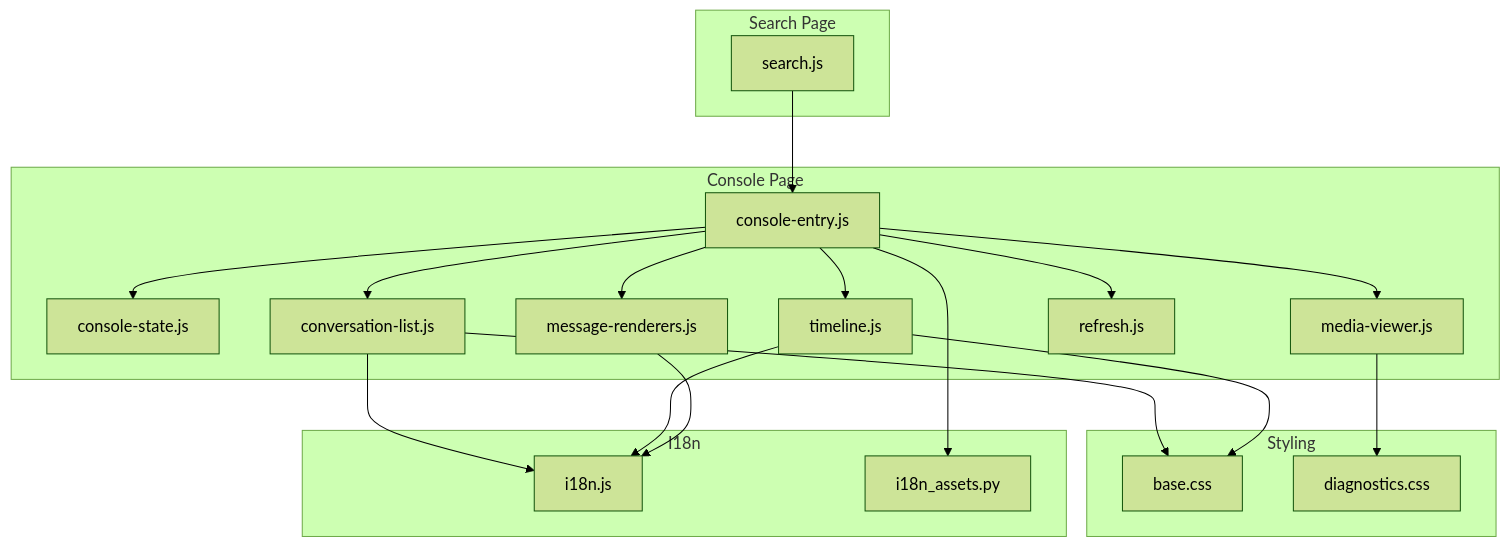
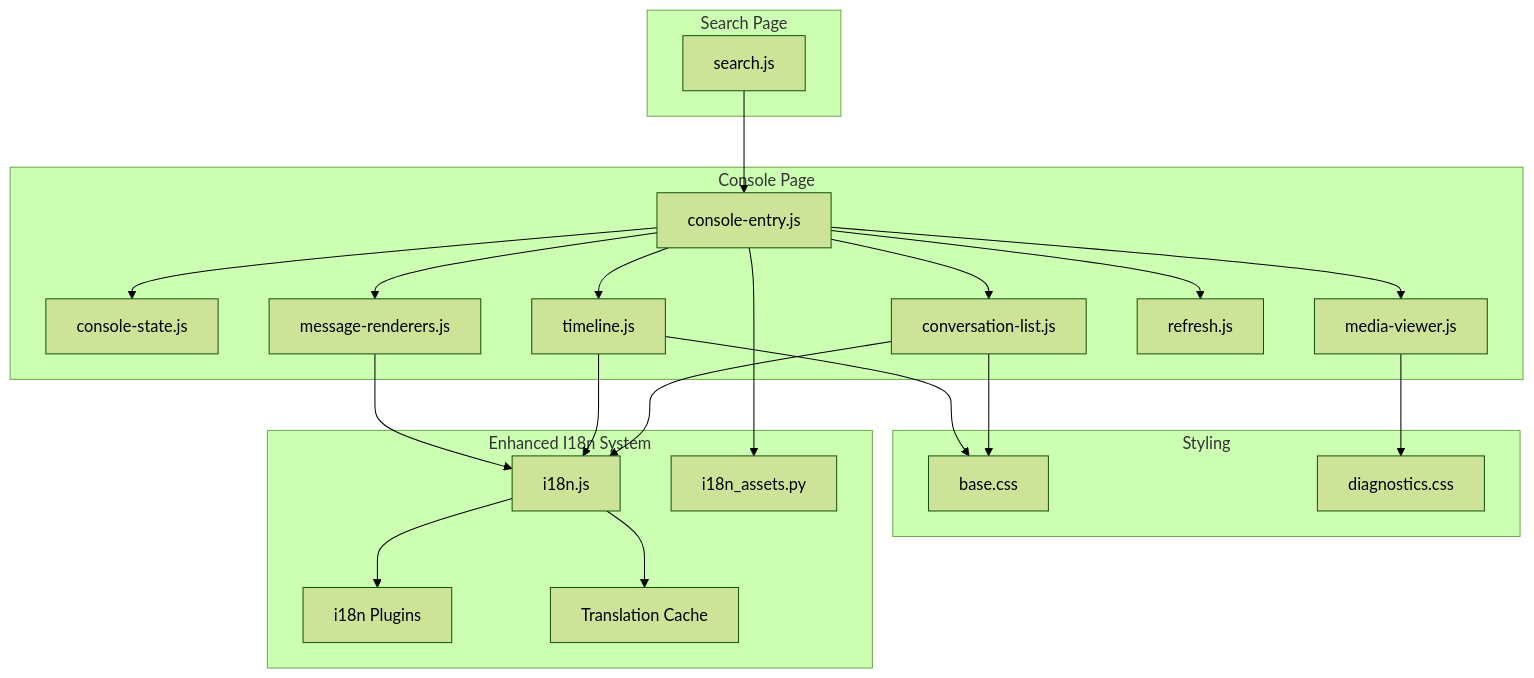
The third of 15 diagrams in .qoder/repowiki/en/content/Web Application/Client-Side Architecture.md (zuohaisu/wecom-archive), drawn with Mermaid (forest theme) before and after one commit. The commit also changed other lines of this file and 95 other files, not shown here.

````diff
--- a/.qoder/repowiki/en/content/Web Application/Client-Side Architecture.md
+++ b/.qoder/repowiki/en/content/Web Application/Client-Side Architecture.md
@@ -138,37 +149,41 @@
 ```mermaid
 graph TB
 subgraph "Console Page"
 CE["console-entry.js"]
 CS["console-state.js"]
 CL["conversation-list.js"]
 TL["timeline.js"]
 MV["media-viewer.js"]
 MR["message-renderers.js"]
 RF["refresh.js"]
 end
 subgraph "Search Page"
 SJ["search.js"]
 end
 subgraph "Styling"
 BCSS["base.css"]
 DCSS["diagnostics.css"]
 end
-subgraph "I18n"
+subgraph "Enhanced I18n System"
 I18NJS["i18n.js"]
 I18NASSETS["i18n_assets.py"]
+I18NPLUGINS["i18n Plugins"]
+I18NCACHE["Translation Cache"]
 end
 CE --> CS
 CE --> CL
 CE --> TL
 CE --> MV
 CE --> MR
 CE --> RF
 SJ --> CE
 CL --> I18NJS
 TL --> I18NJS
 MR --> I18NJS
 CL --> BCSS
 TL --> BCSS
 MV --> DCSS
 CE --> I18NASSETS
+I18NJS --> I18NPLUGINS
+I18NJS --> I18NCACHE
 ```
````
